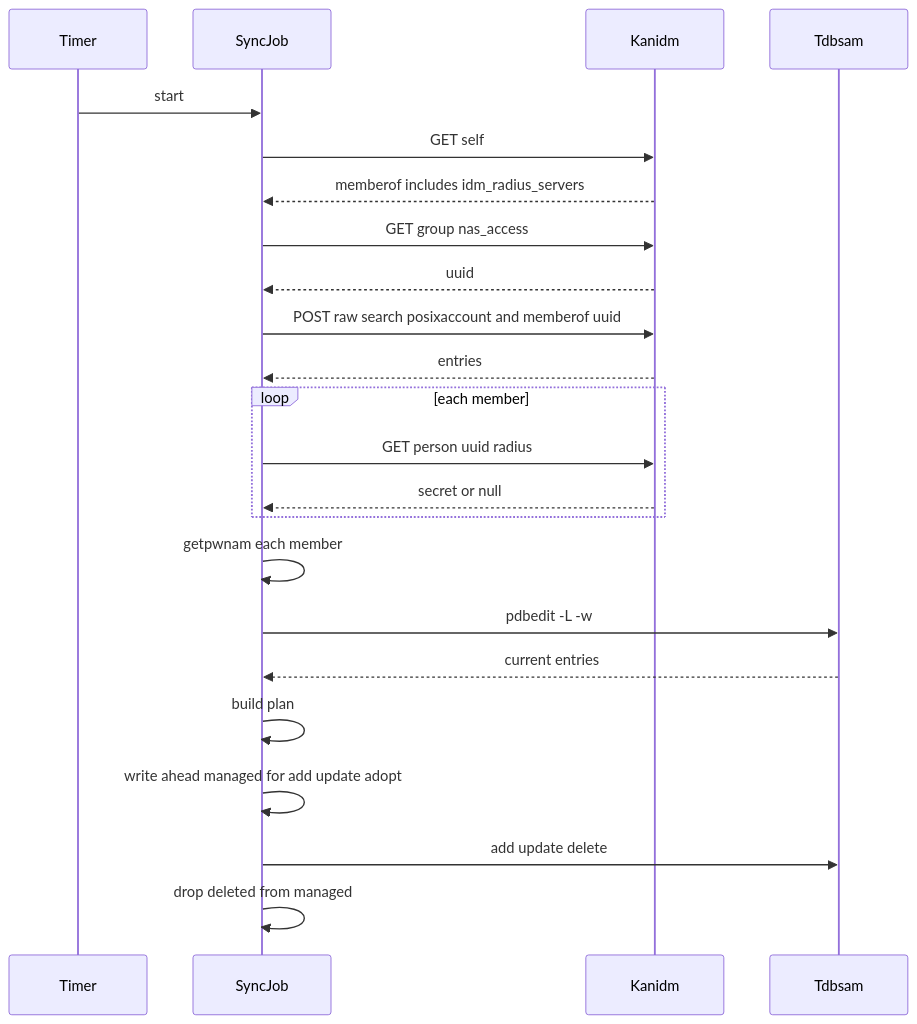
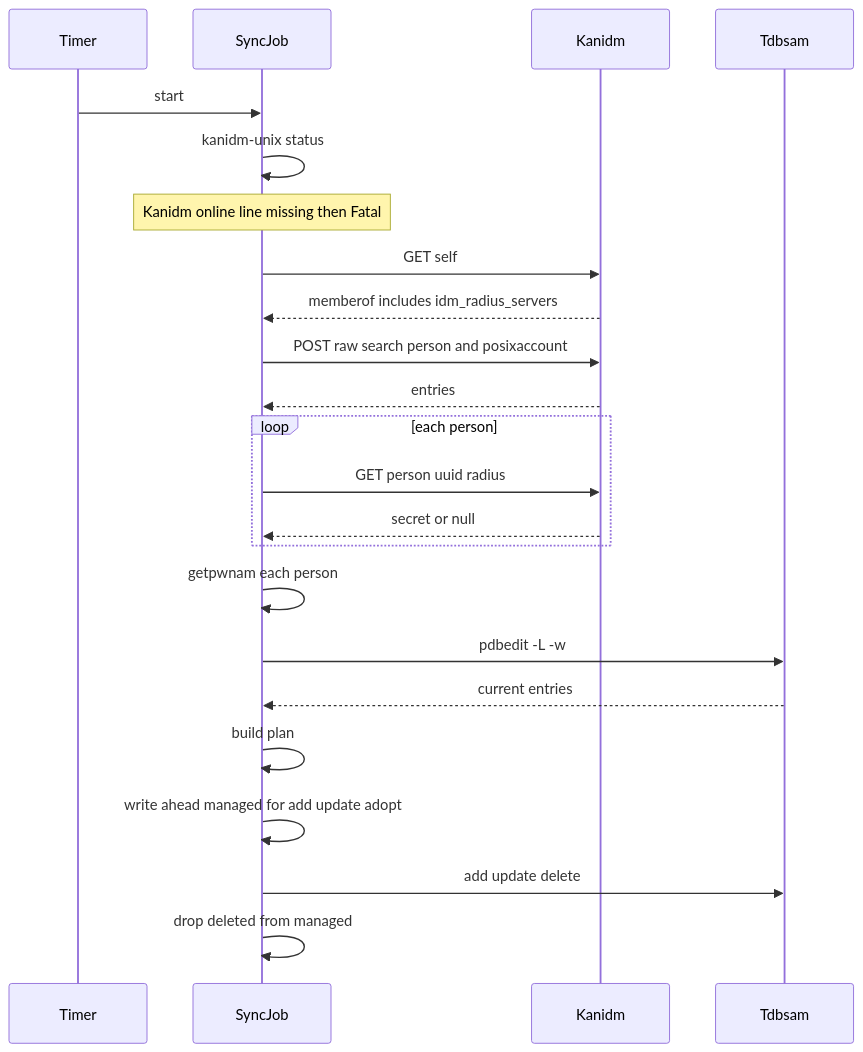
One commit to tom1022/my-home-network changed the second of 2 diagrams in .kiro/specs/nas-smb-kanidm-auth/design.md. Above: the diagram before and after it, drawn with Mermaid. The commit also changed other lines of this file and 2 other files, not shown here.

First line of the commit message:
docs(spec): SMB の同期対象と許可から nas_access を外す

````diff
--- a/.kiro/specs/nas-smb-kanidm-auth/design.md
+++ b/.kiro/specs/nas-smb-kanidm-auth/design.md
@@ -114,25 +115,25 @@
 ```mermaid
 sequenceDiagram
     participant T as Timer
     participant S as SyncJob
     participant K as Kanidm
     participant P as Tdbsam
     T->>S: start
+    S->>S: kanidm-unix status
+    Note over S: Kanidm online line missing then Fatal
     S->>K: GET self
     K-->>S: memberof includes idm_radius_servers
-    S->>K: GET group nas_access
-    K-->>S: uuid
-    S->>K: POST raw search posixaccount and memberof uuid
+    S->>K: POST raw search person and posixaccount
     K-->>S: entries
-    loop each member
+    loop each person
         S->>K: GET person uuid radius
         K-->>S: secret or null
     end
-    S->>S: getpwnam each member
+    S->>S: getpwnam each person
     S->>P: pdbedit -L -w
     P-->>S: current entries
     S->>S: build plan
     S->>S: write ahead managed for add update adopt
     S->>P: add update delete
     S->>S: drop deleted from managed
 ```
````
